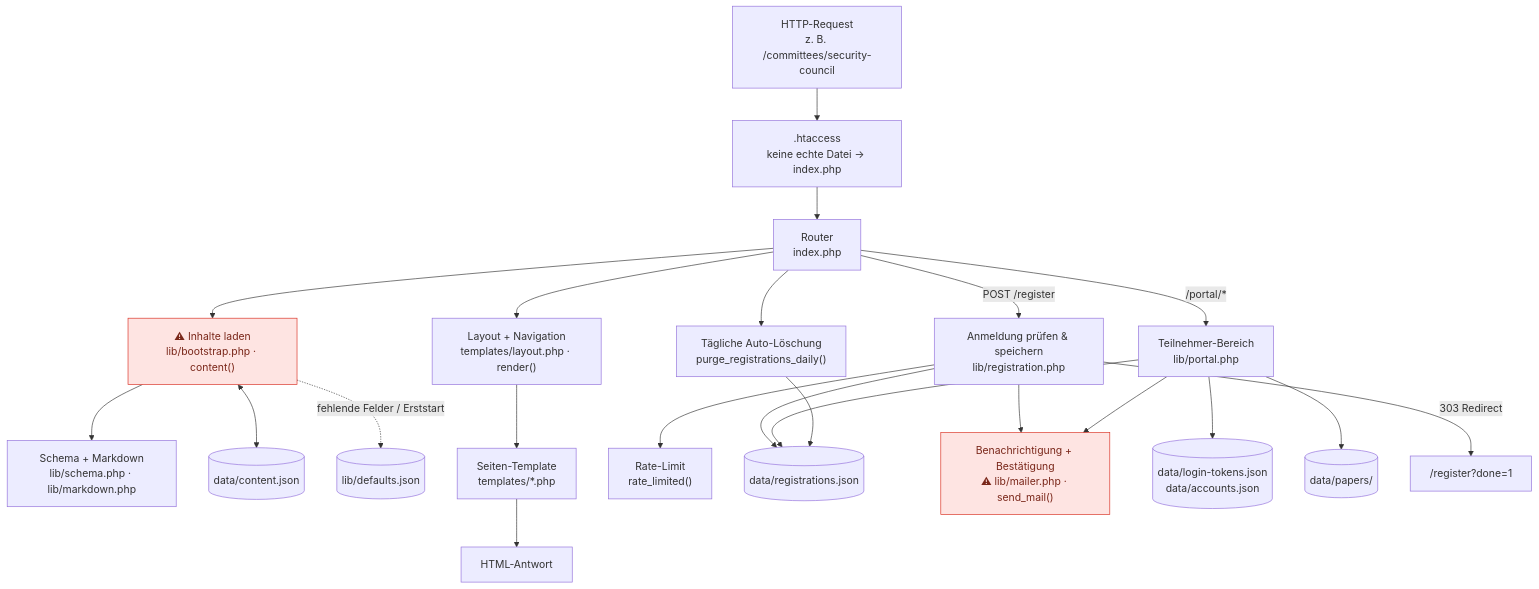
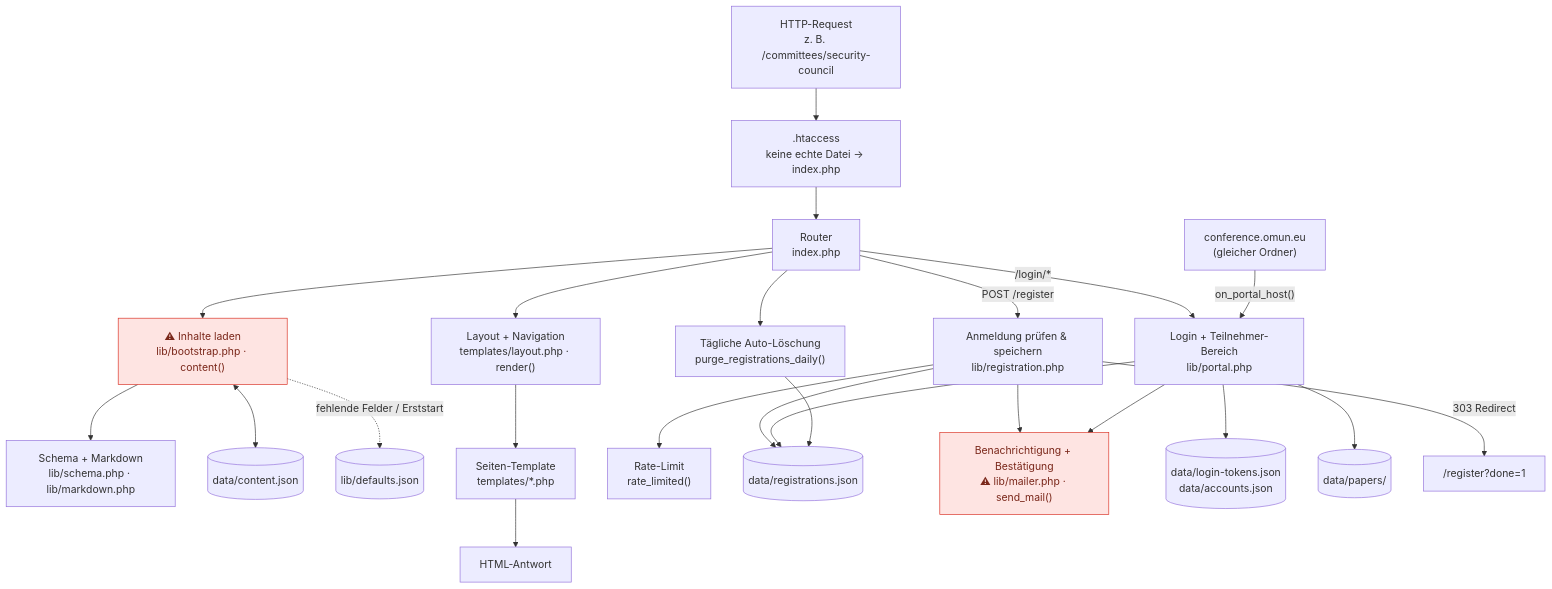
One commit to Lolliger/ovm changed the second of 4 diagrams in ARCHITECTURE.md. Above: the diagram before and after it, drawn with Mermaid. The commit also changed other lines of this file and 14 other files, not shown here.

First line of the commit message:
Login auf omun.eu/login, Teilnehmer-Bereich auf conference.omun.eu

````diff
--- a/ARCHITECTURE.md
+++ b/ARCHITECTURE.md
@@ -81,28 +81,29 @@
 ```mermaid
 flowchart TD
     REQ["HTTP-Request<br/>z. B. /committees/security-council"] --> HT[".htaccess<br/>keine echte Datei → index.php"]
     HT --> ROUTER["Router<br/>index.php"]
     ROUTER --> PURGE["Tägliche Auto-Löschung<br/>purge_registrations_daily()"]
     ROUTER --> BOOT["⚠ Inhalte laden<br/>lib/bootstrap.php · content()"]
     BOOT --> SCHEMA["Schema + Markdown<br/>lib/schema.php · lib/markdown.php"]
     BOOT <--> CONTENT[("data/content.json")]
     BOOT -. "fehlende Felder / Erststart" .-> DEF[("lib/defaults.json")]
     ROUTER --> LAYOUT["Layout + Navigation<br/>templates/layout.php · render()"]
     LAYOUT --> TPL["Seiten-Template<br/>templates/*.php"]
     TPL --> HTML["HTML-Antwort"]
 
     ROUTER -->|"POST /register"| REG["Anmeldung prüfen & speichern<br/>lib/registration.php"]
     REG --> RL["Rate-Limit<br/>rate_limited()"]
     REG --> REGS[("data/registrations.json")]
     REG --> MAIL["Benachrichtigung + Bestätigung<br/>⚠ lib/mailer.php · send_mail()"]
-    ROUTER -->|"/portal/*"| PORTAL["Teilnehmer-Bereich<br/>lib/portal.php"]
+    ROUTER -->|"/login/*"| PORTAL["Login + Teilnehmer-Bereich<br/>lib/portal.php"]
+    SUB["conference.omun.eu<br/>(gleicher Ordner)"] -->|"on_portal_host()"| PORTAL
     PORTAL --> TOK[("data/login-tokens.json<br/>data/accounts.json")]
     PORTAL --> REGS
     PORTAL --> PAPERS[("data/papers/")]
     PORTAL --> MAIL
     REG -->|"303 Redirect"| DONE["/register?done=1"]
     PURGE --> REGS
 
     classDef risk fill:#fee4e2,stroke:#d92d20,color:#7a271a
     class BOOT,MAIL risk
 ```
````
